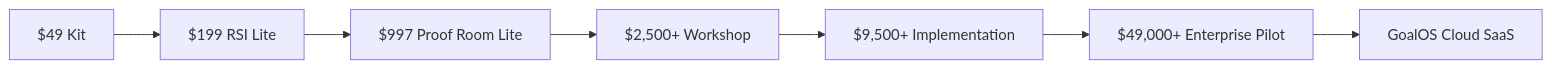
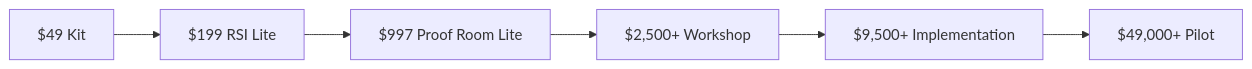
One commit to MontrealAI/proof-gradient changed the diagram in docs/figures/goalos_product_ladder.mmd. Above: the diagram before and after it, drawn with Mermaid. The commit also changed 94 other files, not shown here.

```diff
--- a/docs/figures/goalos_product_ladder.mmd
+++ b/docs/figures/goalos_product_ladder.mmd
@@ -1,2 +1,6 @@
 flowchart LR
-  A[$49 Kit] --> B[$199 RSI Lite] --> C[$997 Proof Room Lite] --> D[$2,500+ Workshop] --> E[$9,500+ Implementation] --> F[$49,000+ Enterprise Pilot] --> G[GoalOS Cloud SaaS]
+  N0["$49 Kit"] --> N1["$199 RSI Lite"]
+  N1["$199 RSI Lite"] --> N2["$997 Proof Room Lite"]
+  N2["$997 Proof Room Lite"] --> N3["$2,500+ Workshop"]
+  N3["$2,500+ Workshop"] --> N4["$9,500+ Implementation"]
+  N4["$9,500+ Implementation"] --> N5["$49,000+ Pilot"]
```
